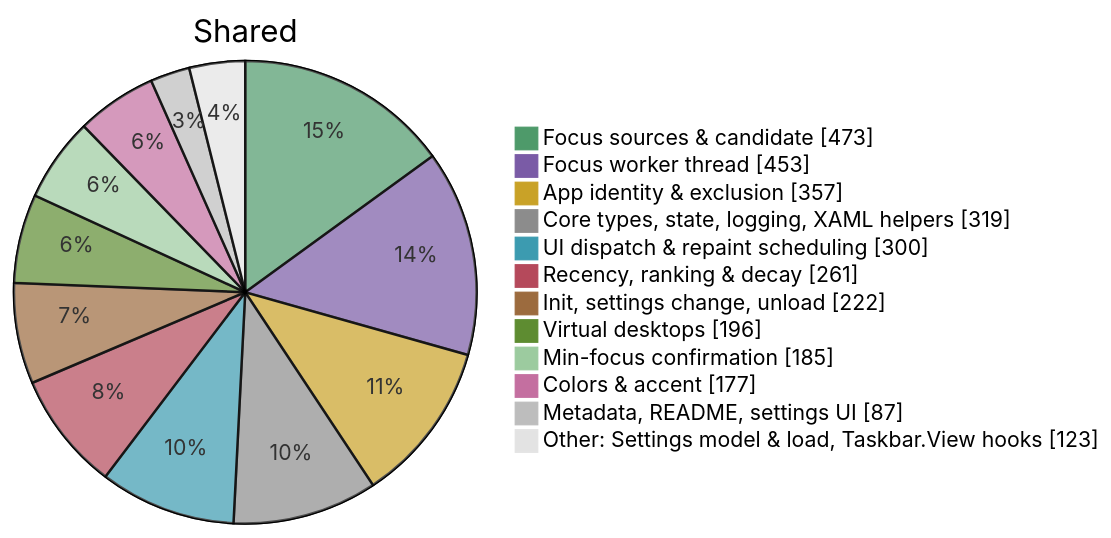
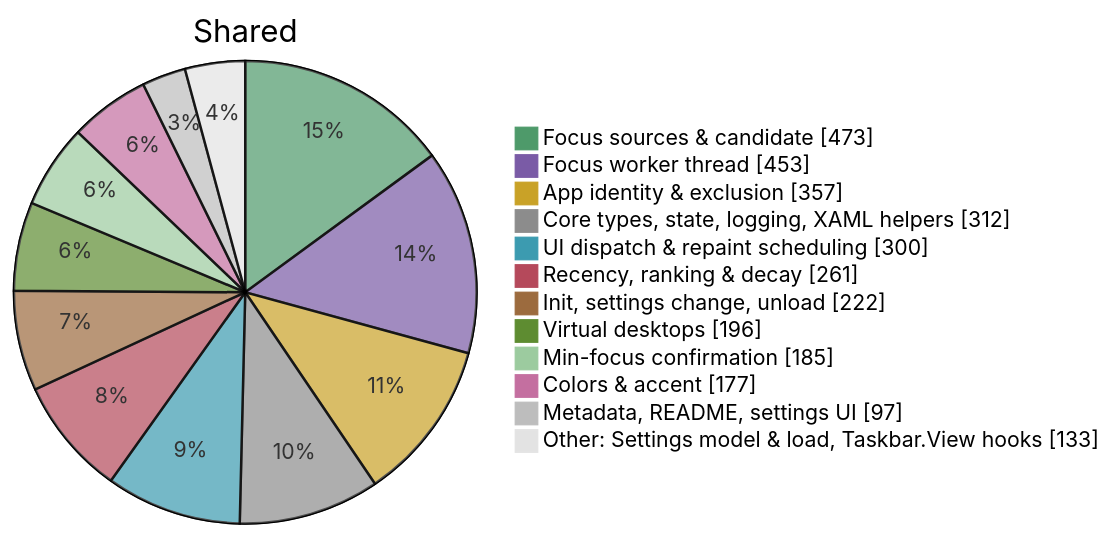
One commit to jvlasek/taskbar-recent-focus-highlight changed the fourth of 5 diagrams in doc/code/code-breakdown.md. Above: the diagram before and after it, drawn with Mermaid. The commit also changed other lines of this file and 9 other files, not shown here.

````diff
--- a/doc/code/code-breakdown.md
+++ b/doc/code/code-breakdown.md
@@ -134,16 +134,16 @@
 ```mermaid
 %%{init: {"themeVariables": {"pie1": "#4E9A6A", "pie2": "#7A5BA6", "pie3": "#C9A227", "pie4": "#8C8C8C", "pie5": "#3C9BB0", "pie6": "#B5495B", "pie7": "#9C6B3E", "pie8": "#5E8C31", "pie9": "#9CCB9F", "pie10": "#C46FA0", "pie11": "#BDBDBD", "pie12": "#E3E3E3", "pieOuterStrokeWidth": "1px"}}}%%
 pie showData title Shared
     "Focus sources & candidate" : 473
     "Focus worker thread" : 453
     "App identity & exclusion" : 357
-    "Core types, state, logging, XAML helpers" : 319
+    "Core types, state, logging, XAML helpers" : 312
     "UI dispatch & repaint scheduling" : 300
     "Recency, ranking & decay" : 261
     "Init, settings change, unload" : 222
     "Virtual desktops" : 196
     "Min-focus confirmation" : 185
     "Colors & accent" : 177
-    "Metadata, README, settings UI" : 87
-    "Other: Settings model & load, Taskbar.View hooks" : 123
+    "Metadata, README, settings UI" : 97
+    "Other: Settings model & load, Taskbar.View hooks" : 133
 ```
````
